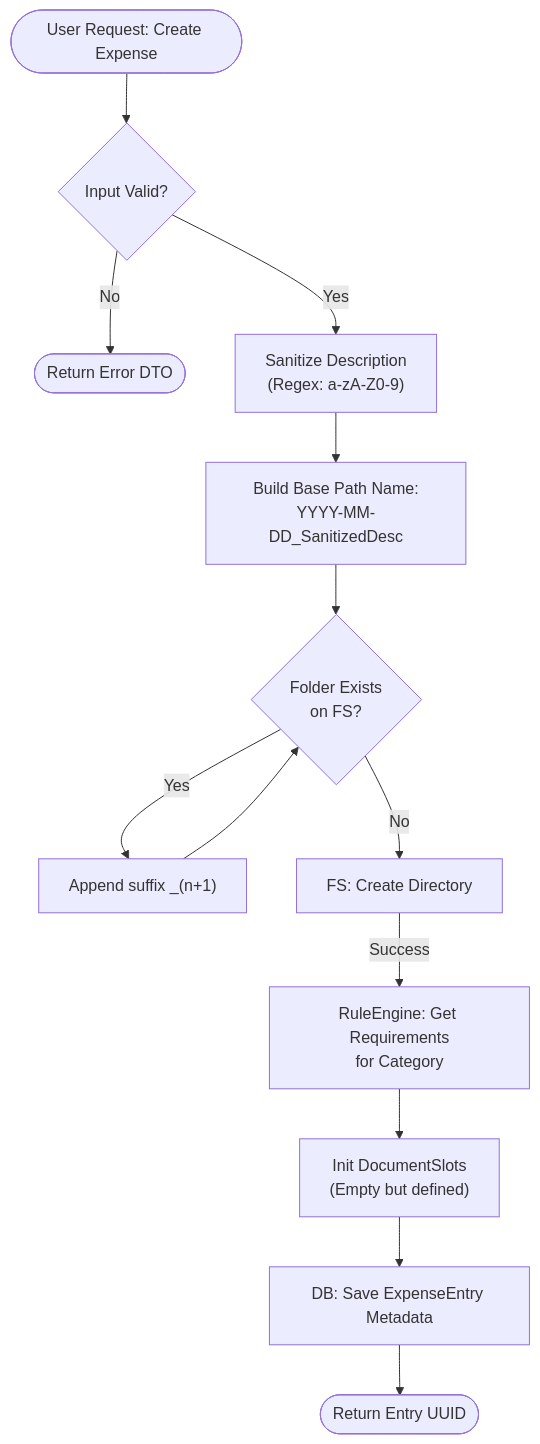
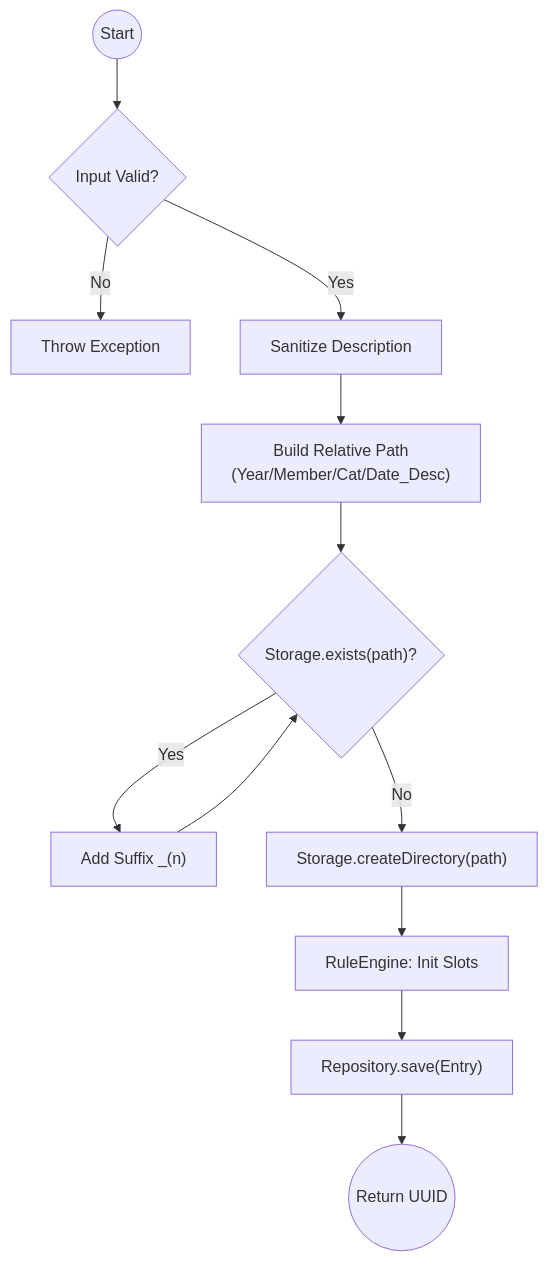
Before and after one commit to simopugliese/TaxReport: the diagram in TaxReport/src/main/java/ActivityDiagram.mmd, drawn with Mermaid. The commit also changed 3 other files, not shown here.

```diff
--- a/TaxReport/src/main/java/ActivityDiagram.mmd
+++ b/TaxReport/src/main/java/ActivityDiagram.mmd
@@ -1,22 +1,19 @@
 flowchart TD
-    Start([User Request: Create Expense]) --> Validate{"Input Valid?"}
+    Start((Start)) --> Validate{Input Valid?}
 
-    Validate -- No --> Error([Return Error DTO])
-    Validate -- Yes --> Sanitize["Sanitize Description<br/>(Regex: a-zA-Z0-9)"]
+    Validate -- No --> Error[Throw Exception]
+    Validate -- Yes --> Sanitize["Sanitize Description"]
 
-    Sanitize --> BuildBase["Build Base Path Name:<br/>YYYY-MM-DD_SanitizedDesc"]
+    Sanitize --> PathGen["Build Relative Path<br/>(Year/Member/Cat/Date_Desc)"]
 
-    BuildBase --> CheckExists{"Folder Exists<br/>on FS?"}
+    PathGen --> CheckExists{"Storage.exists(path)?"}
 
-    CheckExists -- Yes --> AddSuffix["Append suffix _(n+1)"]
-    AddSuffix --> CheckExists
+    CheckExists -- Yes --> Suffix["Add Suffix _(n)"]
+    Suffix --> CheckExists
 
-    CheckExists -- No --> CreateDir[FS: Create Directory]
+    CheckExists -- No --> CreateDir["Storage.createDirectory(path)"]
 
-    CreateDir -- Success --> LoadRules["RuleEngine: Get Requirements<br/>for Category"]
+    CreateDir --> InitSlots["RuleEngine: Init Slots"]
+    InitSlots --> SaveMeta["Repository.save(Entry)"]
 
-    LoadRules --> InitSlots["Init DocumentSlots<br/>(Empty but defined)"]
-
-    InitSlots --> Persist[DB: Save ExpenseEntry Metadata]
-
-    Persist --> Return([Return Entry UUID])
+    SaveMeta --> End((Return UUID))
```
